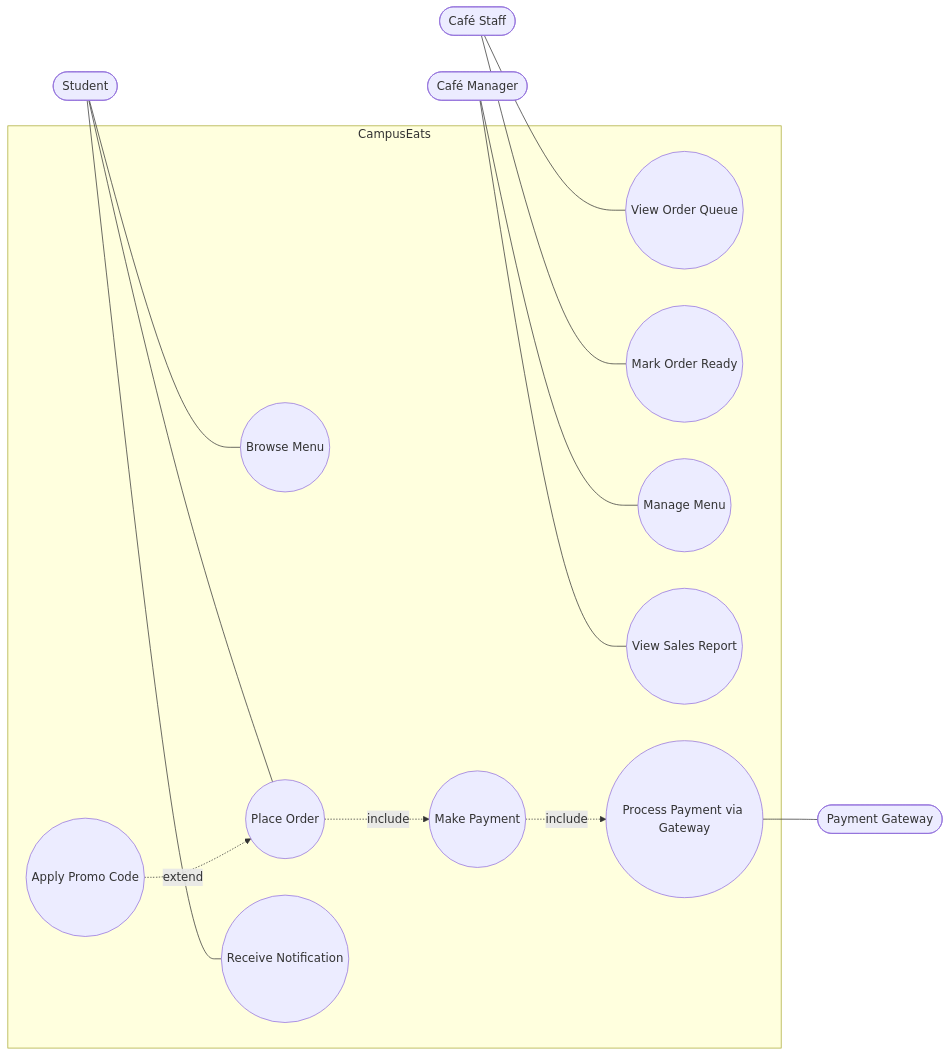
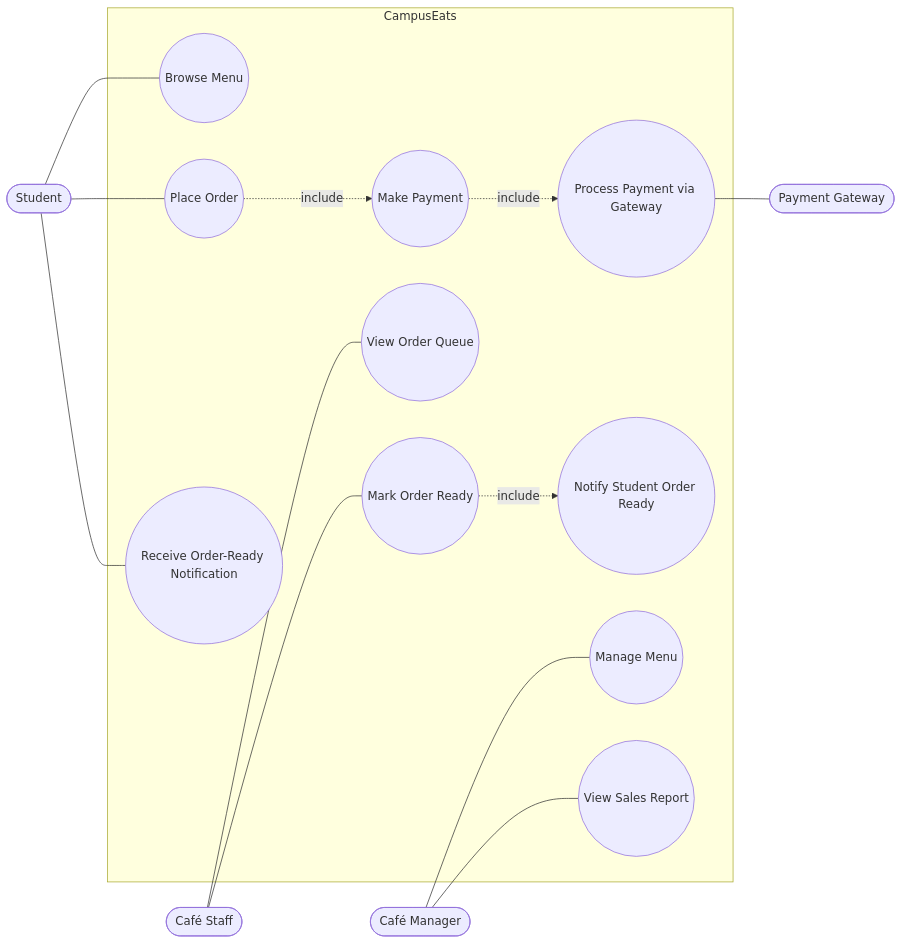
One commit to Beh69/Software-dev-lectures changed the first of 5 diagrams in EXAM-DIAGRAMS-AND-DESCRIPTIONS.md. Above: the diagram before and after it, drawn with Mermaid. The commit also changed other lines of this file and 1 other file, not shown here.

Commit message:
Correct worked UML diagrams and scenario models

````diff
--- a/EXAM-DIAGRAMS-AND-DESCRIPTIONS.md
+++ b/EXAM-DIAGRAMS-AND-DESCRIPTIONS.md
@@ -77,33 +81,33 @@
 ```mermaid
 flowchart LR
     student([Student])
     staff([Café Staff])
     manager([Café Manager])
     gateway([Payment Gateway])
 
     subgraph CampusEats
       UC1((Browse Menu))
       UC2((Place Order))
       UC3((Make Payment))
-      UC4((Apply Promo Code))
-      UC5((View Order Queue))
-      UC6((Mark Order Ready))
+      UC4((View Order Queue))
+      UC5((Mark Order Ready))
+      UC6((Notify Student Order Ready))
       UC7((Manage Menu))
       UC8((View Sales Report))
-      UC9((Receive Notification))
+      UC9((Receive Order-Ready Notification))
       UC10((Process Payment via Gateway))
     end
 
     student --- UC1
     student --- UC2
     student --- UC9
+    staff --- UC4
     staff --- UC5
-    staff --- UC6
     manager --- UC7
     manager --- UC8
     UC10 --- gateway
 
     UC2 -. include .-> UC3
     UC3 -. include .-> UC10
-    UC4 -. extend .-> UC2
+    UC5 -. include .-> UC6
 ```
````
